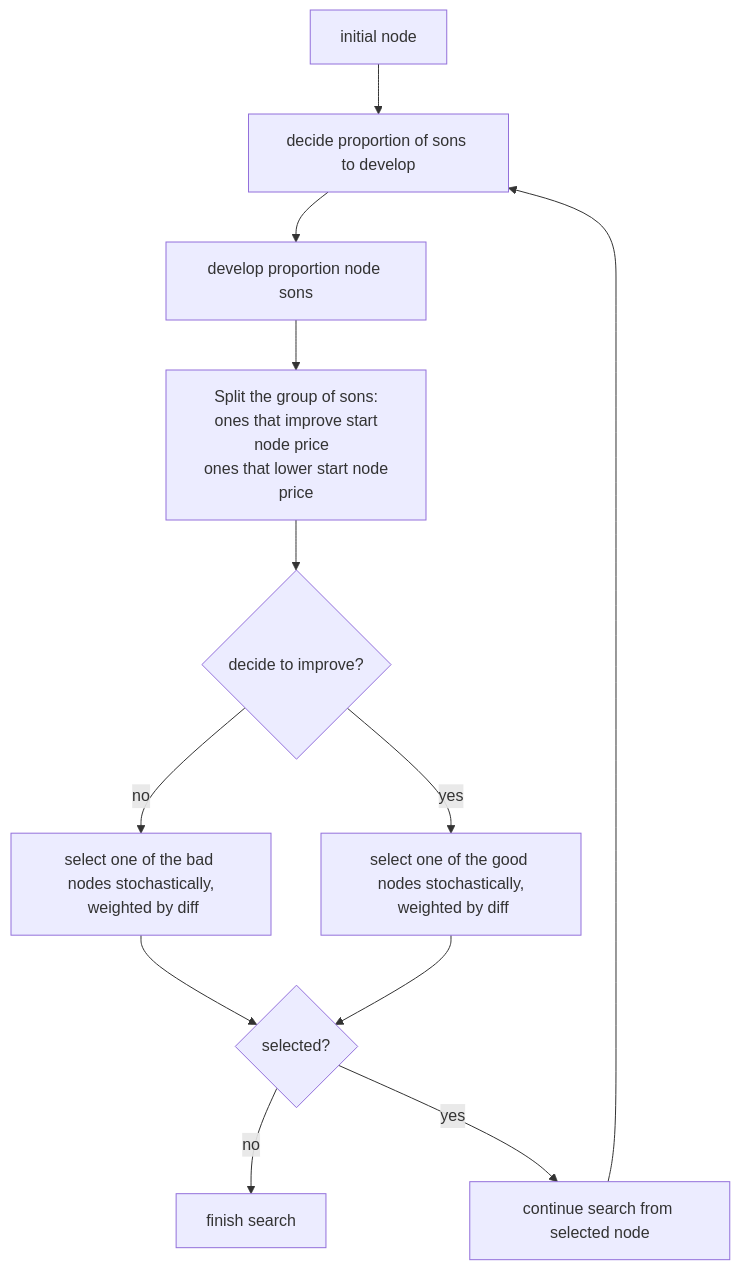
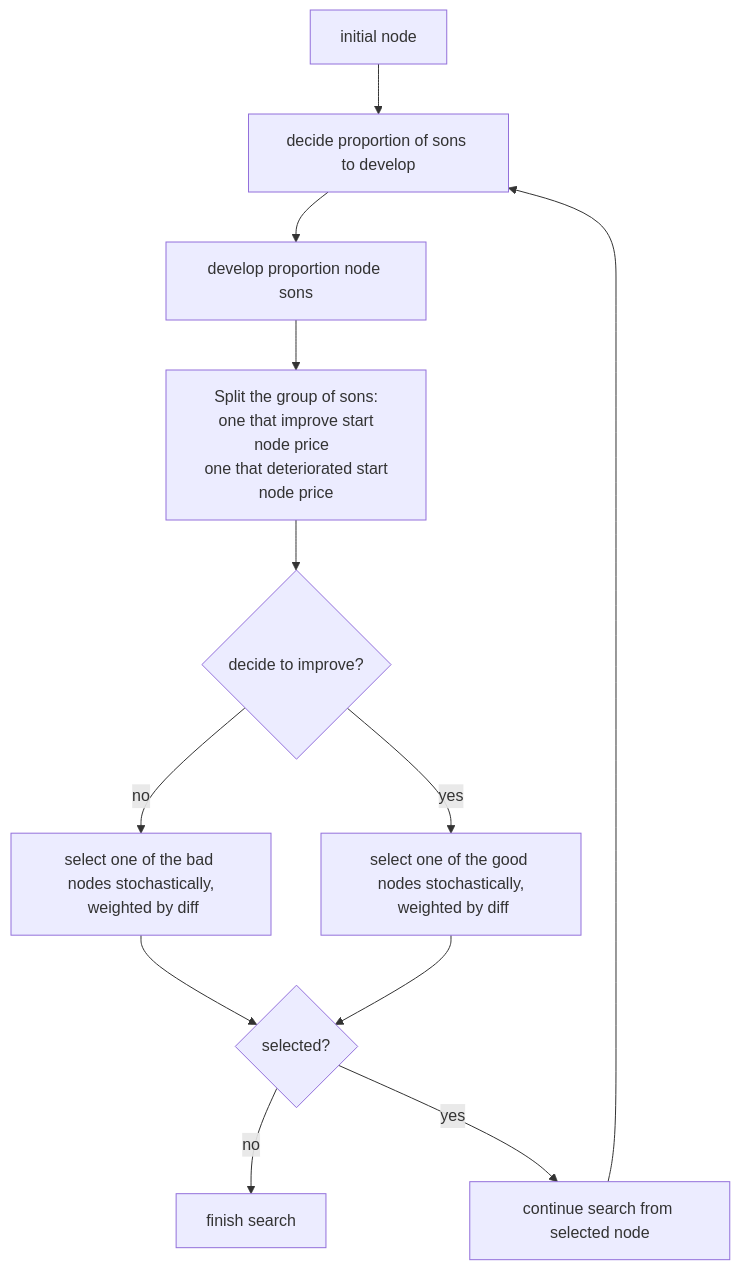
One commit to AdiY10/CloudCostOptimizer changed the diagram in README.md. Above: the diagram before and after it, drawn with Mermaid. The commit also changed other lines of this file and 6 other files, not shown here.

````diff
--- a/README.md
+++ b/README.md
@@ -288,20 +290,20 @@
 ```mermaid
 flowchart TD
     O[initial node]
     A[decide proportion of sons to develop]
     B[develop proportion node sons]
-    C[Split the group of sons:\n ones that improve start node price  \n ones that lower start node price]
+    C[Split the group of sons:\n one that improve start node price  \n one that deteriorated start node price]
     D{decide to improve?}
     E[select one of the bad nodes stochastically,\n weighted by diff]
     F[select one of the good nodes stochastically,\n weighted by diff]
     G{selected?}
     H[finish search]
     I[continue search from selected node]
 
     O --> A -->B --> C -->D
     D -- no --> E --> G
     D -- yes --> F --> G
 
     G -- no --> H
     G -- yes --> I -->A
 ```
````
